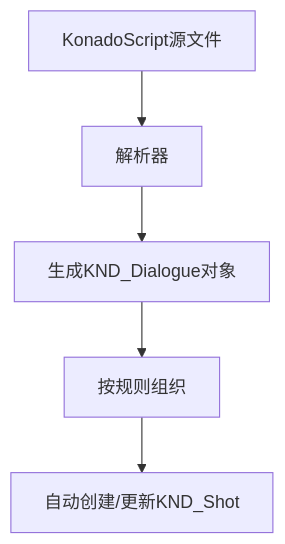
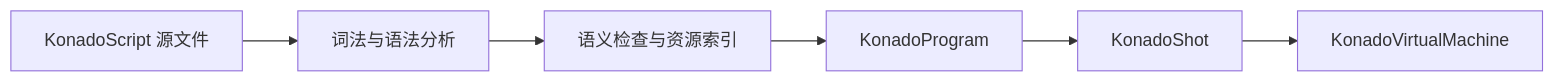
The diagram in docs/zh/latest/tutorial/core/shot-and-dialogue.md (DSOE1024/konado), drawn with Mermaid before and after one commit. The commit also changed other lines of this file and 110 other files, not shown here.

````diff
--- a/docs/zh/latest/tutorial/core/shot-and-dialogue.md
+++ b/docs/zh/latest/tutorial/core/shot-and-dialogue.md
@@ -32,8 +24,8 @@
 ```mermaid
-graph TD
-    A["KonadoScript源文件"] --> B["解析器"]
-    B --> C["生成KND_Dialogue对象"]
-    C --> D["按规则组织"]
-    D --> E["自动创建/更新KND_Shot"]
-
+graph LR
+    A["KonadoScript 源文件"] --> B["词法与语法分析"]
+    B --> C["语义检查与资源索引"]
+    C --> D["KonadoProgram"]
+    D --> E["KonadoShot"]
+    E --> F["KonadoVirtualMachine"]
 ```
````
